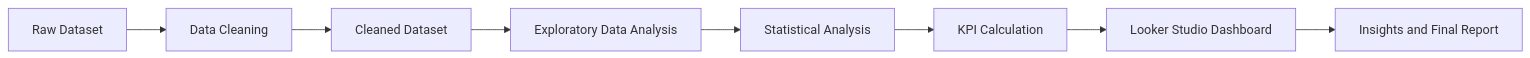
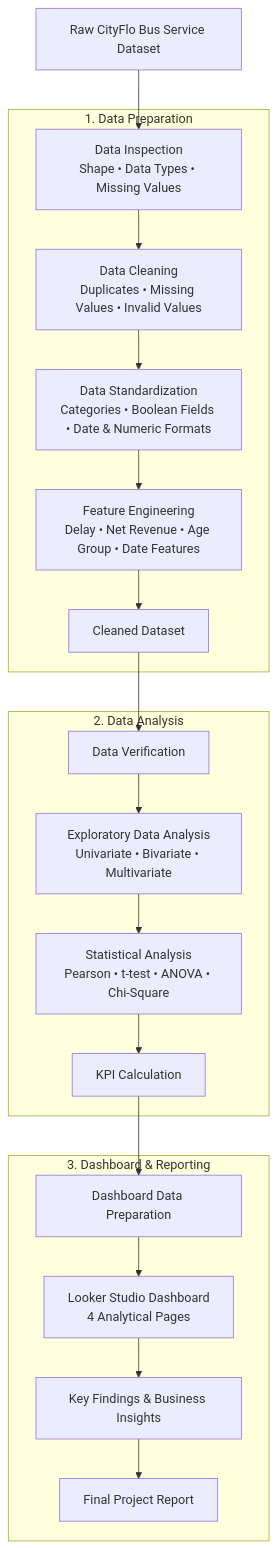
Before and after one commit to Rosmi2508/CityFlo-Bus-Service-Analytics: the diagram in README.md, drawn with Mermaid. The commit also changed other lines of this file, not shown here.

````diff
--- a/README.md
+++ b/README.md
@@ -70,10 +74,41 @@
 ```mermaid
-flowchart LR
-    A[Raw Dataset] --> B[Data Cleaning]
-    B --> C[Cleaned Dataset]
-    C --> D[Exploratory Data Analysis]
-    D --> E[Statistical Analysis]
-    E --> F[KPI Calculation]
-    F --> G[Looker Studio Dashboard]
-    G --> H[Insights and Final Report]
+flowchart TD
+
+    A[Raw CityFlo Bus Service Dataset]
+
+    subgraph P1["1. Data Preparation"]
+        B[Data Inspection<br/>Shape • Data Types • Missing Values]
+        C[Data Cleaning<br/>Duplicates • Missing Values • Invalid Values]
+        D[Data Standardization<br/>Categories • Boolean Fields • Date & Numeric Formats]
+        E[Feature Engineering<br/>Delay • Net Revenue • Age Group • Date Features]
+        F[Cleaned Dataset]
+    end
+
+    subgraph P2["2. Data Analysis"]
+        G[Data Verification]
+        H[Exploratory Data Analysis<br/>Univariate • Bivariate • Multivariate]
+        I[Statistical Analysis<br/>Pearson • t-test • ANOVA • Chi-Square]
+        J[KPI Calculation]
+    end
+
+    subgraph P3["3. Dashboard & Reporting"]
+        K[Dashboard Data Preparation]
+        L[Looker Studio Dashboard<br/>4 Analytical Pages]
+        M[Key Findings & Business Insights]
+        N[Final Project Report]
+    end
+
+    A --> B
+    B --> C
+    C --> D
+    D --> E
+    E --> F
+    F --> G
+    G --> H
+    H --> I
+    I --> J
+    J --> K
+    K --> L
+    L --> M
+    M --> N
 ```
````
